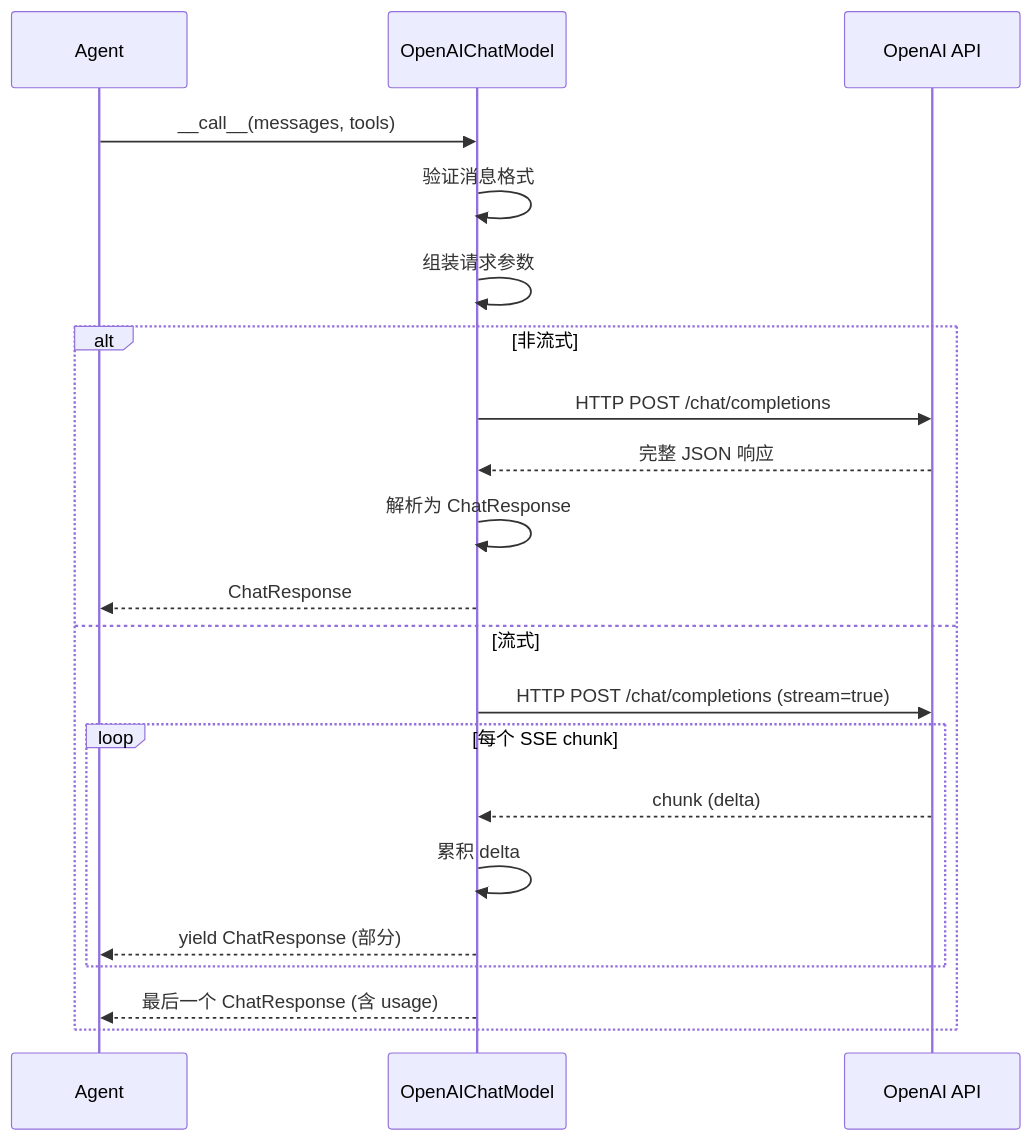
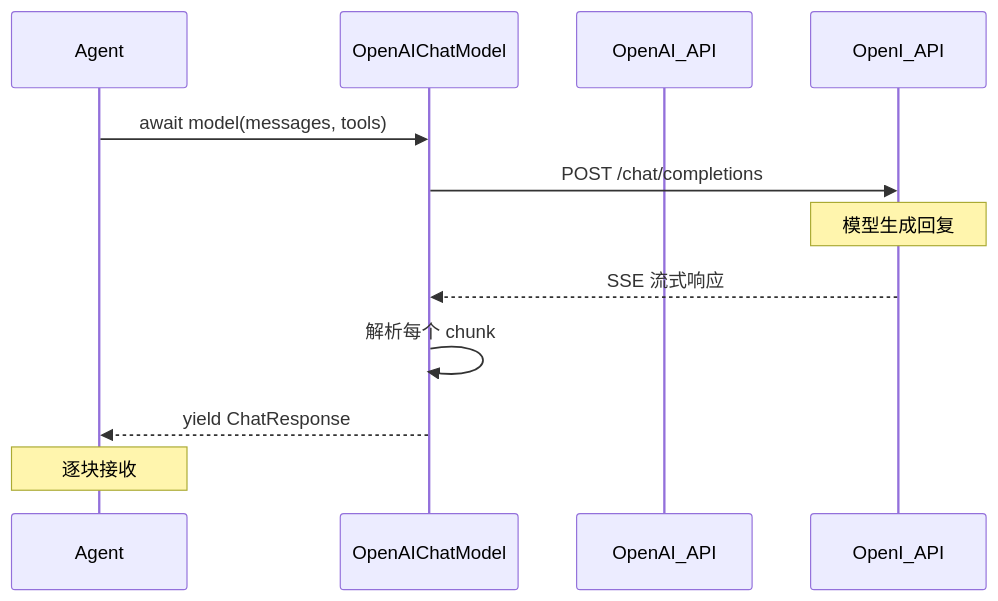
Before and after one commit to agentscope-ai/agentscope: the second of 2 diagrams in teaching/book/volume-1-journey/ch09-model.md, drawn with Mermaid. The commit also changed other lines of this file, not shown here.

First line of the commit message:
docs: write ch09 - model call (Station 6)

````diff
--- a/teaching/book/volume-1-journey/ch09-model.md
+++ b/teaching/book/volume-1-journey/ch09-model.md
@@ -209,25 +146,15 @@
 ```mermaid
 sequenceDiagram
     participant Agent
-    participant Model as OpenAIChatModel
-    participant API as OpenAI API
+    participant OpenAIChatModel
+    participant OpenAI_API
 
-    Agent->>Model: __call__(messages, tools)
-    Model->>Model: 验证消息格式
-    Model->>Model: 组装请求参数
+    Agent->>OpenAIChatModel: await model(messages, tools)
+    OpenAIChatModel->>OpenI_API: POST /chat/completions
+    Note over OpenI_API: 模型生成回复
+    OpenI_API-->>OpenAIChatModel: SSE 流式响应
+    OpenAIChatModel->>OpenAIChatModel: 解析每个 chunk
+    OpenAIChatModel-->>Agent: yield ChatResponse
 
-    alt 非流式
-        Model->>API: HTTP POST /chat/completions
-        API-->>Model: 完整 JSON 响应
-        Model->>Model: 解析为 ChatResponse
-        Model-->>Agent: ChatResponse
-    else 流式
-        Model->>API: HTTP POST /chat/completions (stream=true)
-        loop 每个 SSE chunk
-            API-->>Model: chunk (delta)
-            Model->>Model: 累积 delta
-            Model-->>Agent: yield ChatResponse (部分)
-        end
-        Model-->>Agent: 最后一个 ChatResponse (含 usage)
-    end
+    Note over Agent: 逐块接收
 ```
````
